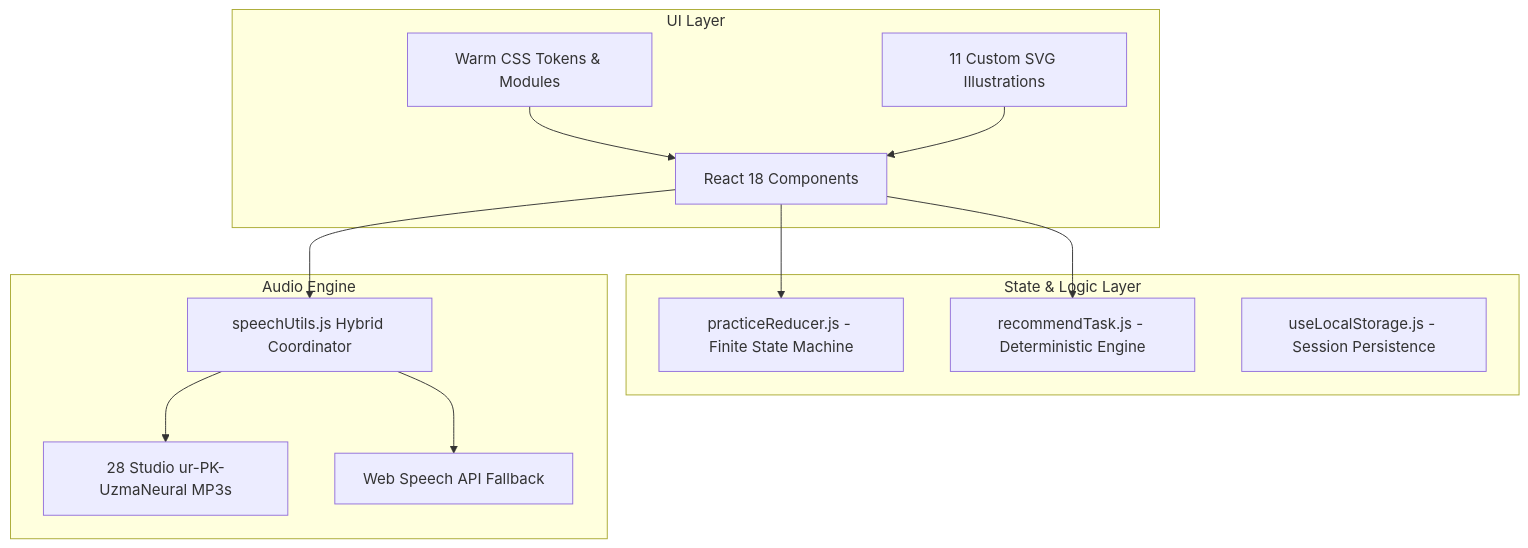
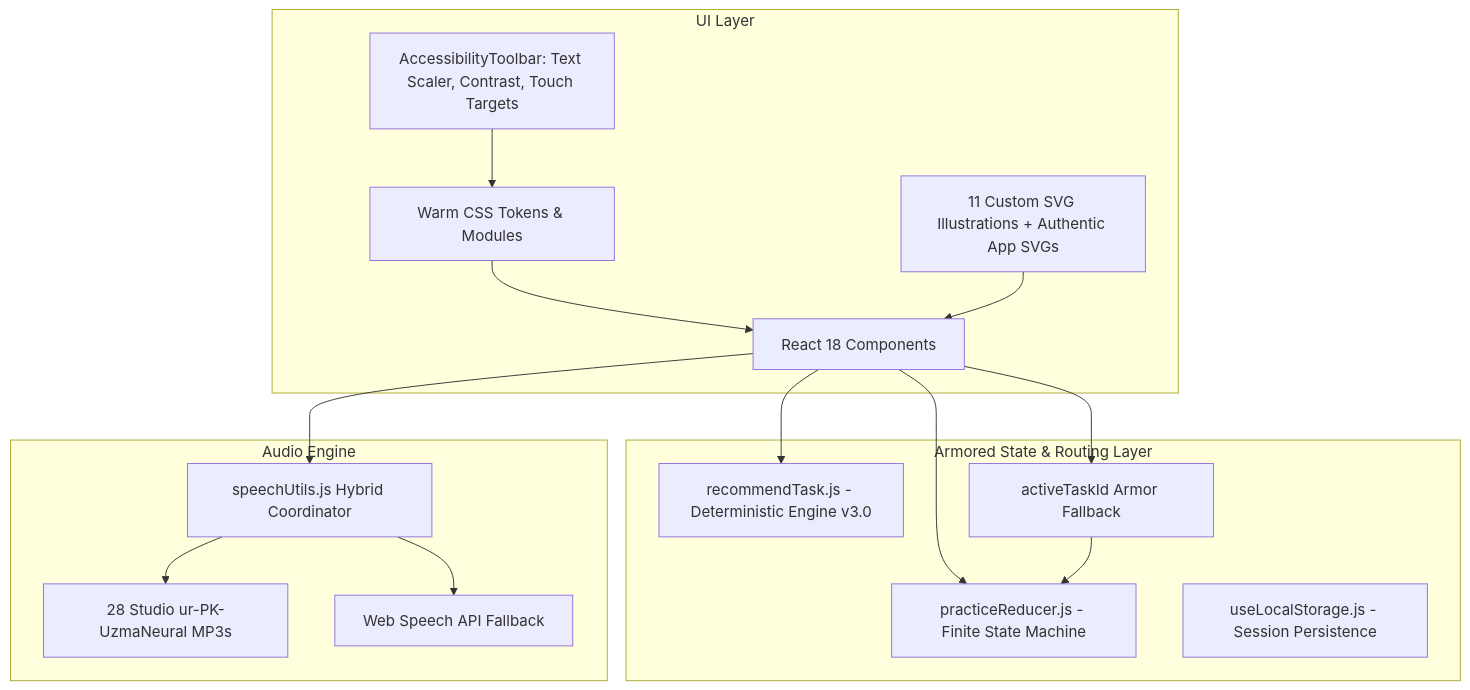
One commit to zkestroyer/Unstuck changed the third of 3 diagrams in UNSTUCK_Comprehensive_App_Summary.md. Above: the diagram before and after it, drawn with Mermaid. The commit also changed other lines of this file and 24 other files, not shown here.

````diff
--- a/UNSTUCK_Comprehensive_App_Summary.md
+++ b/UNSTUCK_Comprehensive_App_Summary.md
@@ -163,28 +213,33 @@
 ```mermaid
 graph TD
     subgraph UI Layer
         React[React 18 Components]
         Tokens[Warm CSS Tokens & Modules]
-        SVGBadges[11 Custom SVG Illustrations]
+        Accessibility[AccessibilityToolbar: Text Scaler, Contrast, Touch Targets]
+        SVGBadges[11 Custom SVG Illustrations + Authentic App SVGs]
     end
 
-    subgraph State & Logic Layer
+    subgraph Armored State & Routing Layer
         FSM[practiceReducer.js - Finite State Machine]
-        RecEngine[recommendTask.js - Deterministic Engine]
+        RecEngine[recommendTask.js - Deterministic Engine v3.0]
         Storage[useLocalStorage.js - Session Persistence]
+        TaskSanitizer[activeTaskId Armor Fallback]
     end
 
     subgraph Audio Engine
         SpeechUtils[speechUtils.js Hybrid Coordinator]
         EdgeTTS[28 Studio ur-PK-UzmaNeural MP3s]
         WebSpeech[Web Speech API Fallback]
     end
 
     React --> FSM
     React --> RecEngine
+    React --> TaskSanitizer
+    TaskSanitizer --> FSM
     React --> SpeechUtils
     SpeechUtils --> EdgeTTS
     SpeechUtils --> WebSpeech
     Tokens --> React
     SVGBadges --> React
+    Accessibility --> Tokens
 ```
````
